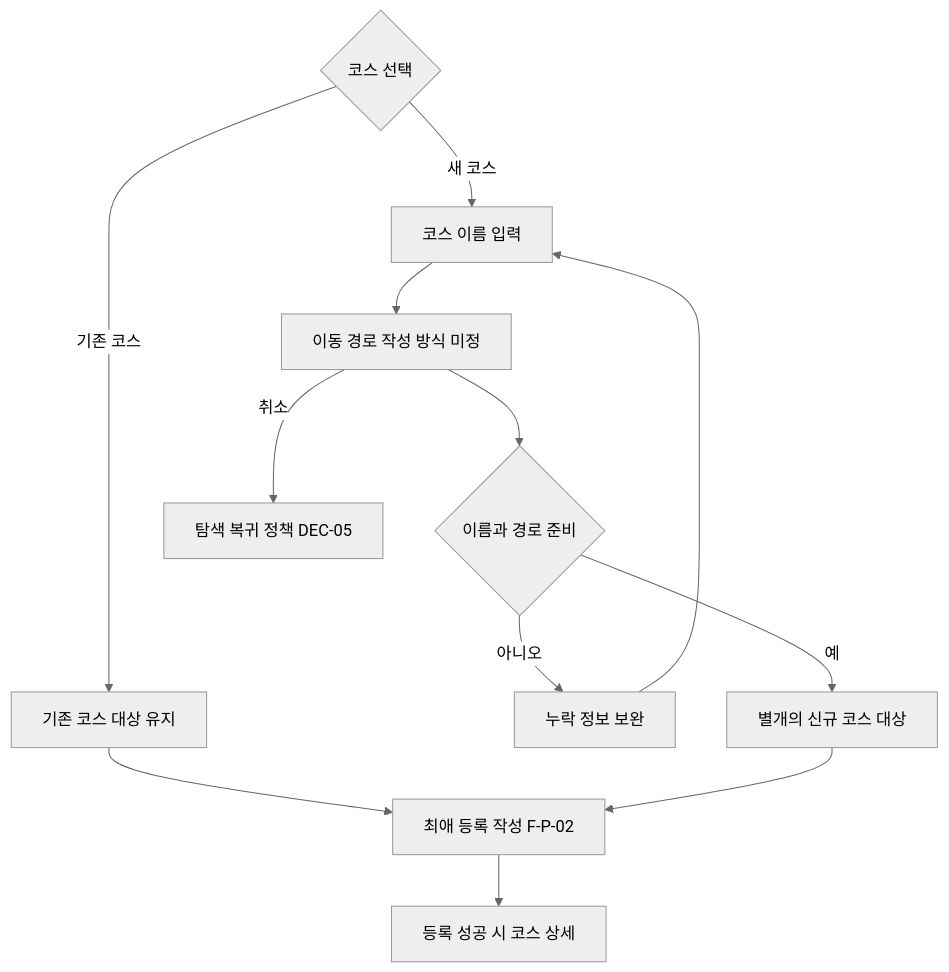
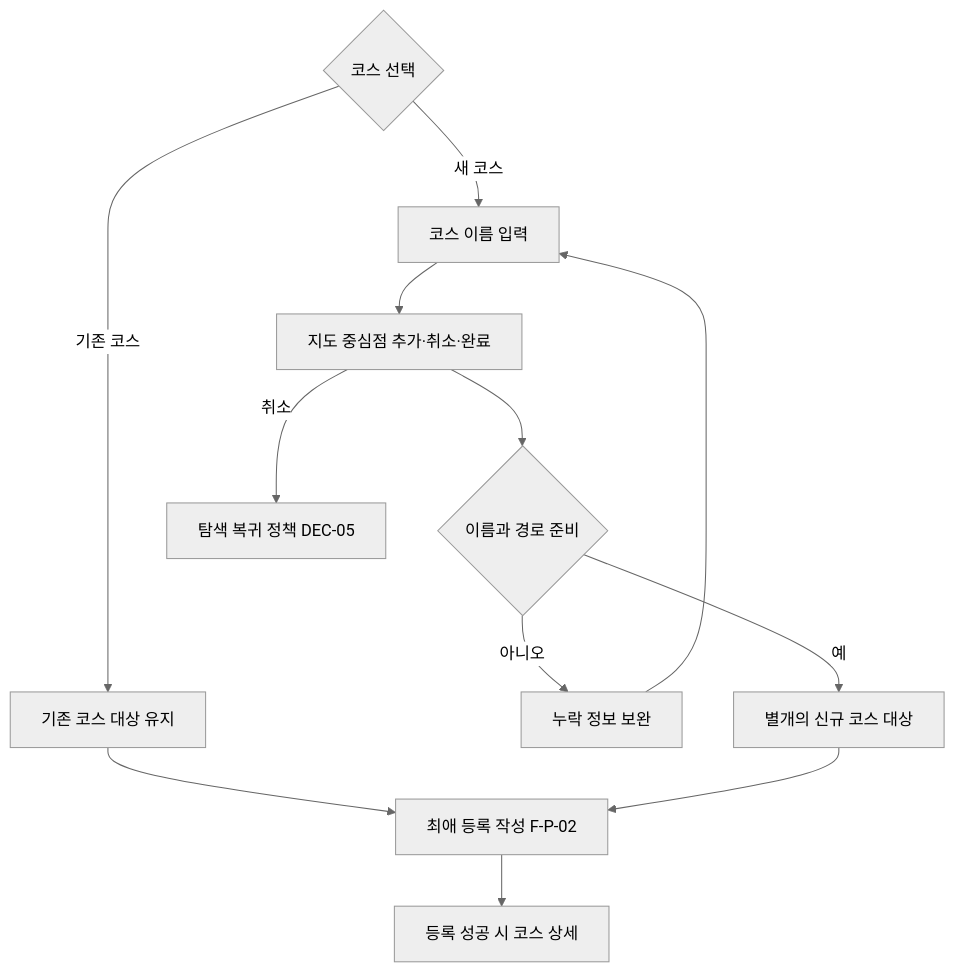
One commit to tunggary/it-center-food-map changed the third of 5 diagrams in docs/2-user-story/participant.md. Above: the diagram before and after it, drawn with Mermaid (neutral theme). The commit also changed other lines of this file and 33 other files, not shown here.

````diff
--- a/docs/2-user-story/participant.md
+++ b/docs/2-user-story/participant.md
@@ -184,14 +184,14 @@
 ```mermaid
 flowchart TD
     entry{"코스 선택"} -->|"기존 코스"| existing["기존 코스 대상 유지"]
     entry -->|"새 코스"| name["코스 이름 입력"]
-    name --> path["이동 경로 작성 방식 미정"]
+    name --> path["지도 중심점 추가·취소·완료"]
     path --> ready{"이름과 경로 준비"}
     ready -->|"아니오"| fix["누락 정보 보완"]
     fix --> name
     ready -->|"예"| fresh["별개의 신규 코스 대상"]
     existing --> compose["최애 등록 작성 F-P-02"]
     fresh --> compose
     path -->|"취소"| cancel["탐색 복귀 정책 DEC-05"]
     compose --> detail["등록 성공 시 코스 상세"]
 ```
````
